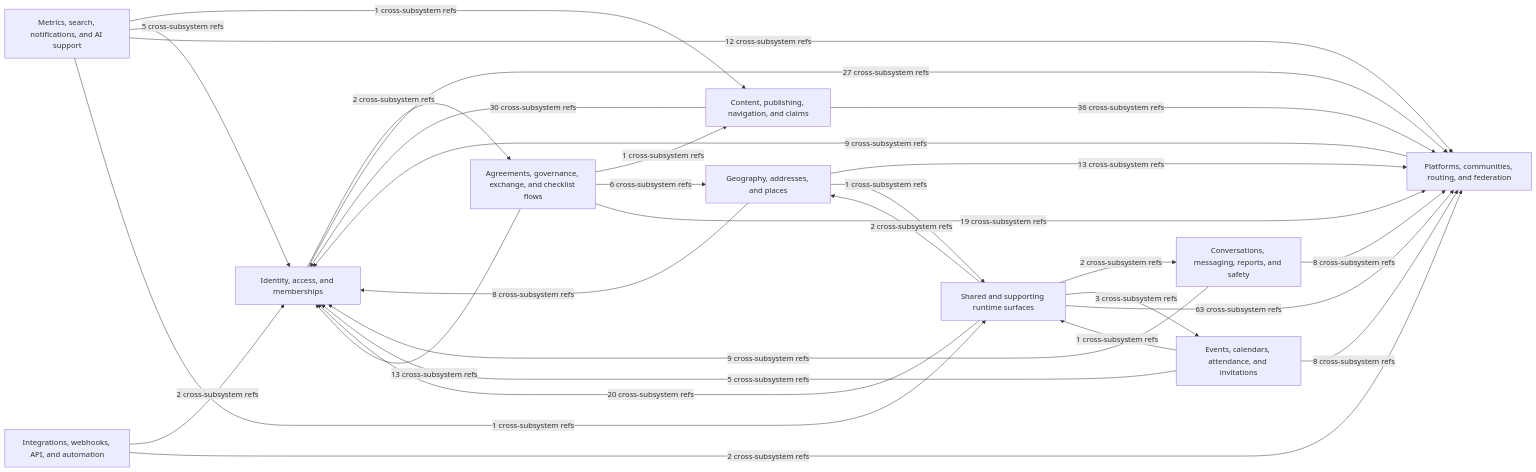
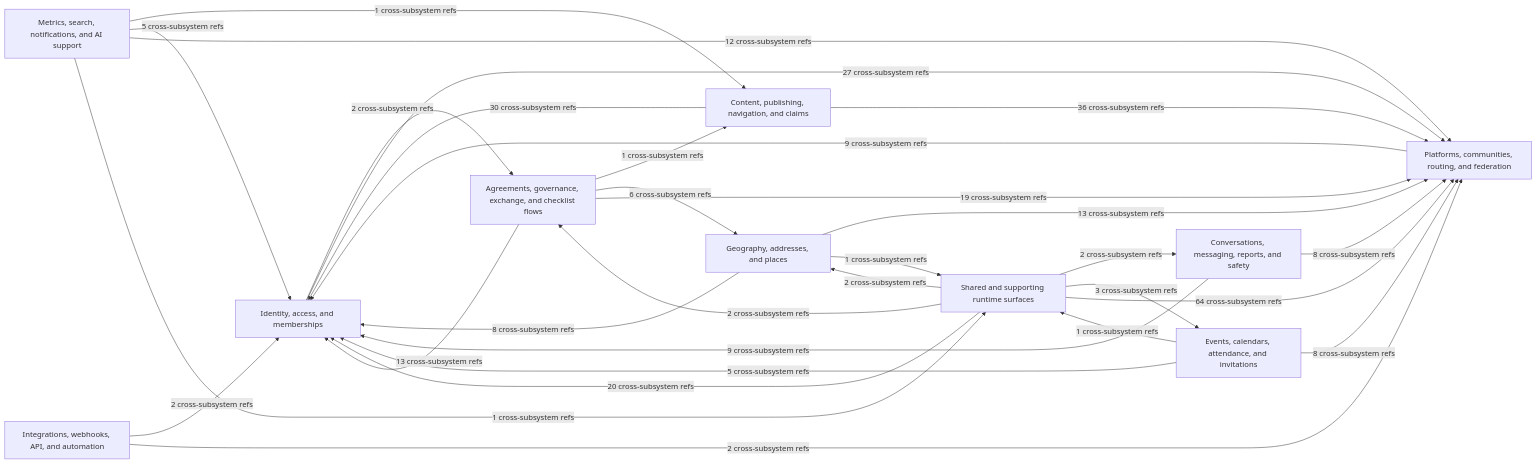
Before and after one commit to better-together-org/community-engine-rails: the diagram in docs/diagrams/source/ce_subsystem_interaction_map.mmd, drawn with Mermaid. The commit also changed 30 other files, not shown here.

```diff
--- a/docs/diagrams/source/ce_subsystem_interaction_map.mmd
+++ b/docs/diagrams/source/ce_subsystem_interaction_map.mmd
@@ -1,41 +1,42 @@
 %% Generated by scripts/export_subsystem_diagrams.rb
 flowchart LR
   identity_access["Identity, access, and memberships"]
   platform_network["Platforms, communities, routing, and federation"]
   content_publishing["Content, publishing, navigation, and claims"]
   geography_and_places["Geography, addresses, and places"]
   events_calendar["Events, calendars, attendance, and invitations"]
   conversations_safety["Conversations, messaging, reports, and safety"]
   exchange_governance["Agreements, governance, exchange, and checklist flows"]
   metrics_search_ai["Metrics, search, notifications, and AI support"]
   integrations_webhooks["Integrations, webhooks, API, and automation"]
   shared_supporting["Shared and supporting runtime surfaces"]
 
   content_publishing -->|30 cross-subsystem refs| identity_access
   content_publishing -->|36 cross-subsystem refs| platform_network
   conversations_safety -->|9 cross-subsystem refs| identity_access
   conversations_safety -->|8 cross-subsystem refs| platform_network
   events_calendar -->|5 cross-subsystem refs| identity_access
   events_calendar -->|8 cross-subsystem refs| platform_network
   events_calendar -->|1 cross-subsystem refs| shared_supporting
   exchange_governance -->|1 cross-subsystem refs| content_publishing
   exchange_governance -->|6 cross-subsystem refs| geography_and_places
   exchange_governance -->|13 cross-subsystem refs| identity_access
   exchange_governance -->|19 cross-subsystem refs| platform_network
   geography_and_places -->|8 cross-subsystem refs| identity_access
   geography_and_places -->|13 cross-subsystem refs| platform_network
   geography_and_places -->|1 cross-subsystem refs| shared_supporting
   identity_access -->|2 cross-subsystem refs| exchange_governance
   identity_access -->|27 cross-subsystem refs| platform_network
   integrations_webhooks -->|2 cross-subsystem refs| identity_access
   integrations_webhooks -->|2 cross-subsystem refs| platform_network
   metrics_search_ai -->|1 cross-subsystem refs| content_publishing
   metrics_search_ai -->|5 cross-subsystem refs| identity_access
   metrics_search_ai -->|12 cross-subsystem refs| platform_network
   metrics_search_ai -->|1 cross-subsystem refs| shared_supporting
   platform_network -->|9 cross-subsystem refs| identity_access
   shared_supporting -->|2 cross-subsystem refs| conversations_safety
   shared_supporting -->|3 cross-subsystem refs| events_calendar
+  shared_supporting -->|2 cross-subsystem refs| exchange_governance
   shared_supporting -->|2 cross-subsystem refs| geography_and_places
   shared_supporting -->|20 cross-subsystem refs| identity_access
-  shared_supporting -->|63 cross-subsystem refs| platform_network
+  shared_supporting -->|64 cross-subsystem refs| platform_network
```
